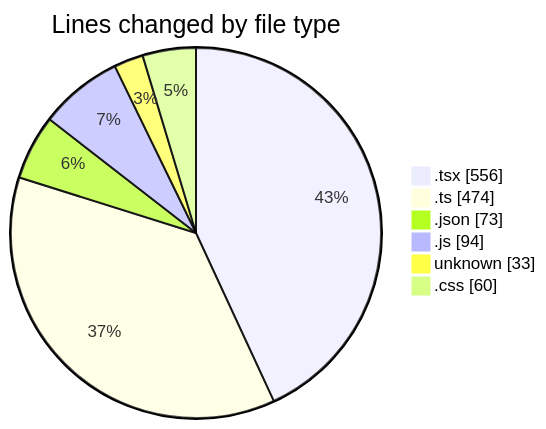
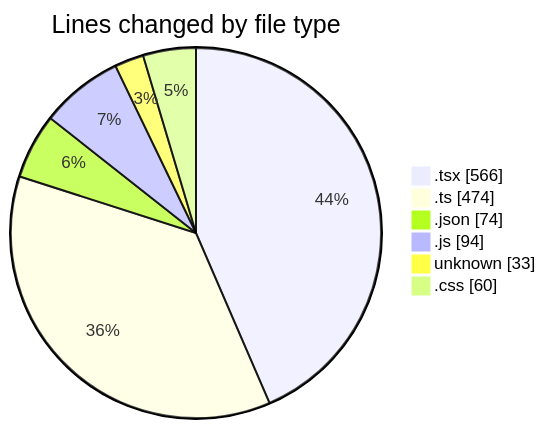
One commit to robertbonfada/code-tracking changed the first of 2 diagrams in 2025-01-20/mbc-web/README.md. Above: the diagram before and after it, drawn with Mermaid. The commit also changed other lines of this file and 1 other file, not shown here.

````diff
--- a/2025-01-20/mbc-web/README.md
+++ b/2025-01-20/mbc-web/README.md
@@ -36,10 +36,10 @@
 ```mermaid
 pie showData
 title Lines changed by file type
-".tsx" : 556
+".tsx" : 566
 ".ts" : 474
-".json" : 73
+".json" : 74
 ".js" : 94
 "unknown" : 33
 ".css" : 60
 ```
````
